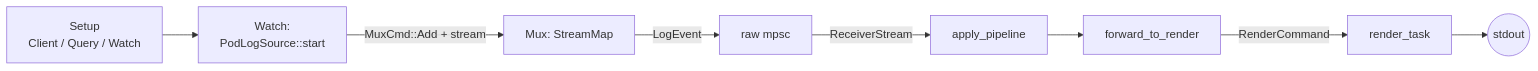
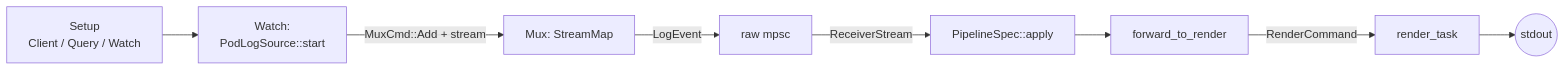
The third of 5 diagrams in crates/rustern-core/README.md (daisuke8000/rustern), drawn with Mermaid before and after one commit. The commit also changed other lines of this file and 17 other files, not shown here.

````diff
--- a/crates/rustern-core/README.md
+++ b/crates/rustern-core/README.md
@@ -177,10 +180,10 @@
 ```mermaid
 flowchart LR
     Prep[Setup<br/>Client / Query / Watch] --> LogOpen["Watch:<br/>PodLogSource::start"]
     LogOpen -->|MuxCmd::Add + stream| SMap[Mux: StreamMap]
     SMap -->|LogEvent| RawMpsc[raw mpsc]
-    RawMpsc -->|ReceiverStream| Apply[apply_pipeline]
+    RawMpsc -->|ReceiverStream| Apply[PipelineSpec::apply]
     Apply --> Fwd[forward_to_render]
     Fwd -->|RenderCommand| RTask[render_task]
     RTask --> Stdout((stdout))
 ```
````
